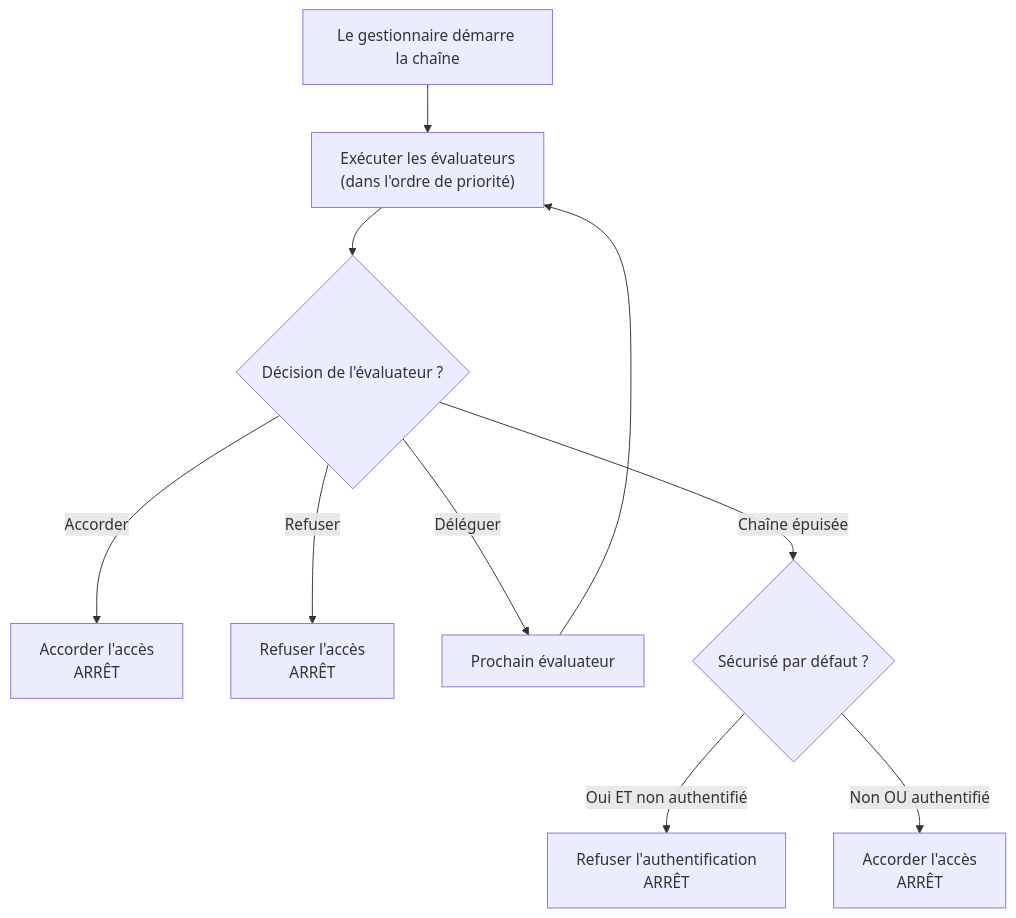
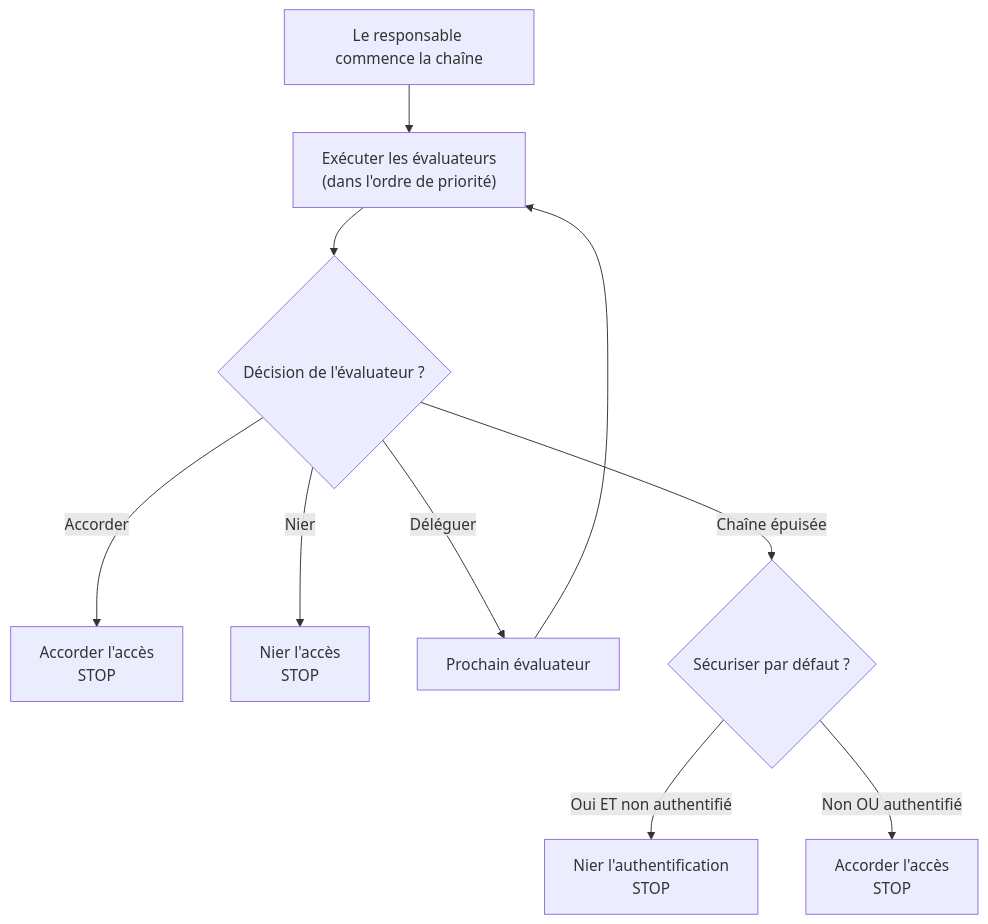
The diagram in docs/i18n/fr/docusaurus-plugin-content-docs/current/security/architecture/evaluator-chain.md (webforj/webforj-documentation), drawn with Mermaid before and after one commit. The commit also changed other lines of this file and 11 other files, not shown here.

````diff
--- a/docs/i18n/fr/docusaurus-plugin-content-docs/current/security/architecture/evaluator-chain.md
+++ b/docs/i18n/fr/docusaurus-plugin-content-docs/current/security/architecture/evaluator-chain.md
@@ -45,15 +45,15 @@
 ```mermaid
 flowchart TD
-    Start["Le gestionnaire démarre la chaîne"] --> Eval["Exécuter les évaluateurs<br/>(dans l'ordre de priorité)"]
+    Start["Le responsable commence la chaîne"] --> Eval["Exécuter les évaluateurs<br/>(dans l'ordre de priorité)"]
 
     Eval --> Check{"Décision de l'évaluateur ?"}
-    Check -->|Accorder| Grant["Accorder l'accès<br/>ARRÊT"]
-    Check -->|Refuser| Deny["Refuser l'accès<br/>ARRÊT"]
+    Check -->|Accorder| Grant["Accorder l'accès<br/>STOP"]
+    Check -->|Nier| Deny["Nier l'accès<br/>STOP"]
     Check -->|Déléguer| Next["Prochain évaluateur"]
 
     Next --> Eval
 
-    Check -->|Chaîne épuisée| Default{"Sécurisé par défaut ?"}
-    Default -->|Oui ET non authentifié| DenyDefault["Refuser l'authentification<br/>ARRÊT"]
-    Default -->|Non OU authentifié| GrantDefault["Accorder l'accès<br/>ARRÊT"]
+    Check -->|Chaîne épuisée| Default{"Sécuriser par défaut ?"}
+    Default -->|Oui ET non authentifié| DenyDefault["Nier l'authentification<br/>STOP"]
+    Default -->|Non OU authentifié| GrantDefault["Accorder l'accès<br/>STOP"]
 ```
````
